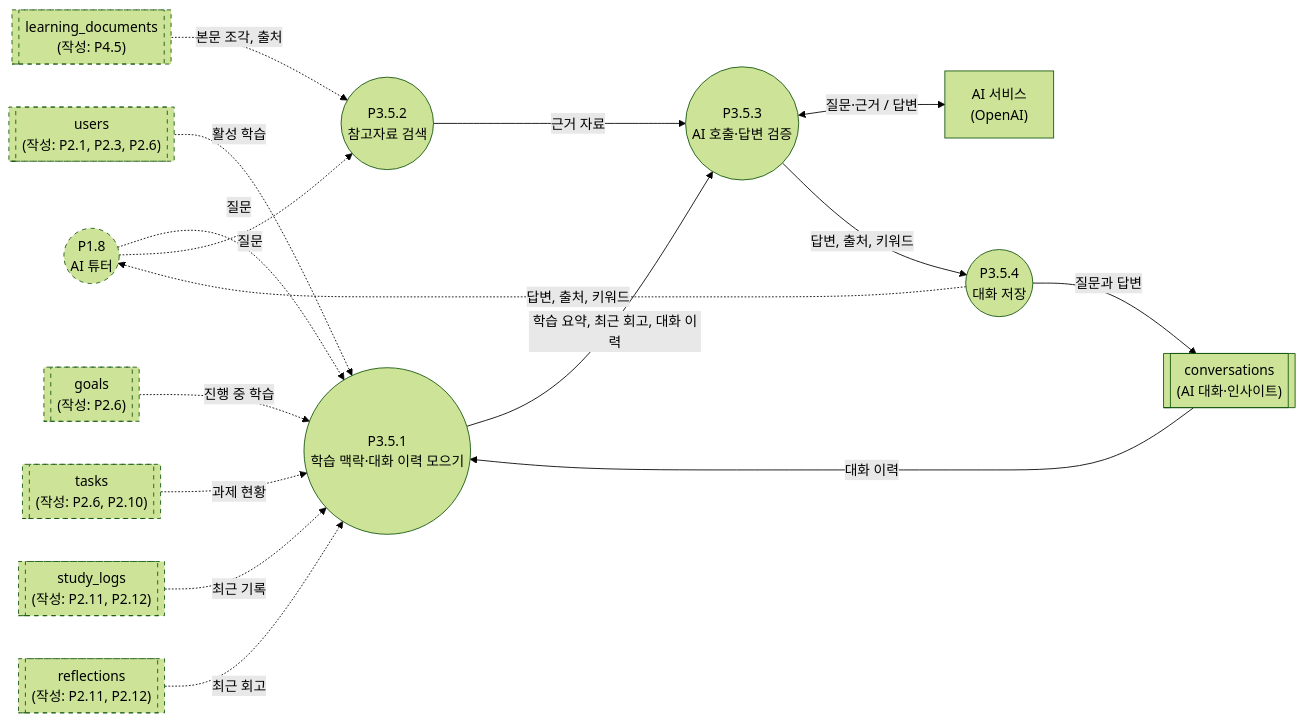
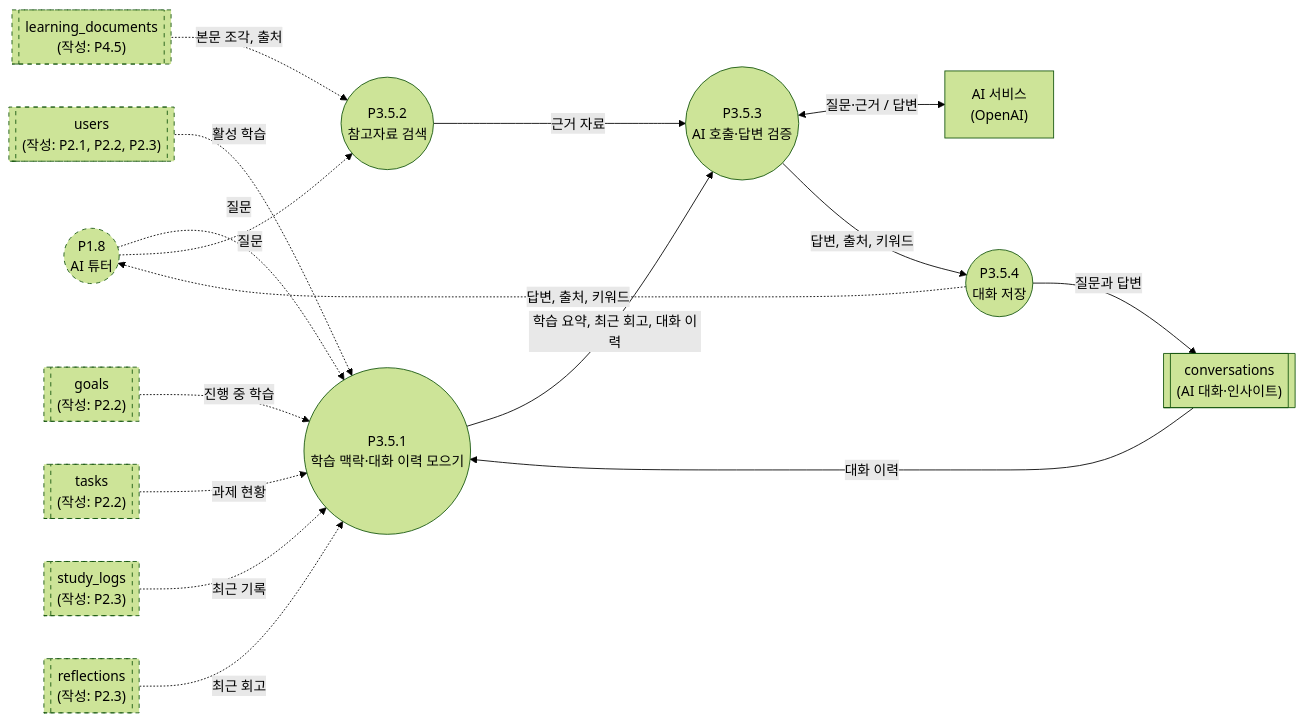
Before and after one commit to yong05610/ai-n-fprj: diagram 12 of 13 in docs/dfd_by_module.md, drawn with Mermaid (forest theme). The commit also changed other lines of this file and 2 other files, not shown here.

````diff
--- a/docs/dfd_by_module.md
+++ b/docs/dfd_by_module.md
@@ -579,36 +670,36 @@
 ```mermaid
 %%{init: {"flowchart": {"curve": "basis"}}}%%
 flowchart LR
     X18(("P1.8<br/>AI 튜터"))
     AIS["AI 서비스<br/>(OpenAI)"]
     P351(("P3.5.1<br/>학습 맥락·대화 이력 모으기"))
     P352(("P3.5.2<br/>참고자료 검색"))
     P353(("P3.5.3<br/>AI 호출·답변 검증"))
     P354(("P3.5.4<br/>대화 저장"))
     DCV[["conversations<br/>(AI 대화·인사이트)"]]
-    DUS[["users<br/>(작성: P2.1, P2.3, P2.6)"]]
-    DGO[["goals<br/>(작성: P2.6)"]]
-    DTK[["tasks<br/>(작성: P2.6, P2.10)"]]
-    DSL[["study_logs<br/>(작성: P2.11, P2.12)"]]
-    DRF[["reflections<br/>(작성: P2.11, P2.12)"]]
+    DUS[["users<br/>(작성: P2.1, P2.2, P2.3)"]]
+    DGO[["goals<br/>(작성: P2.2)"]]
+    DTK[["tasks<br/>(작성: P2.2)"]]
+    DSL[["study_logs<br/>(작성: P2.3)"]]
+    DRF[["reflections<br/>(작성: P2.3)"]]
     DLD[["learning_documents<br/>(작성: P4.5)"]]
 
     X18 -.->|"질문"| P351
     X18 -.->|"질문"| P352
     DCV -->|"대화 이력"| P351
     DUS -.->|"활성 학습"| P351
     DGO -.->|"진행 중 학습"| P351
     DTK -.->|"과제 현황"| P351
     DSL -.->|"최근 기록"| P351
     DRF -.->|"최근 회고"| P351
     DLD -.->|"본문 조각, 출처"| P352
     P351 -->|"학습 요약, 최근 회고, 대화 이력"| P353
     P352 -->|"근거 자료"| P353
     P353 <-->|"질문·근거 / 답변"| AIS
     P353 -->|"답변, 출처, 키워드"| P354
     P354 -->|"질문과 답변"| DCV
     P354 -.->|"답변, 출처, 키워드"| X18
 
     classDef ext stroke-dasharray:5 5
     class X18,DUS,DGO,DTK,DSL,DRF,DLD ext
 ```
````
